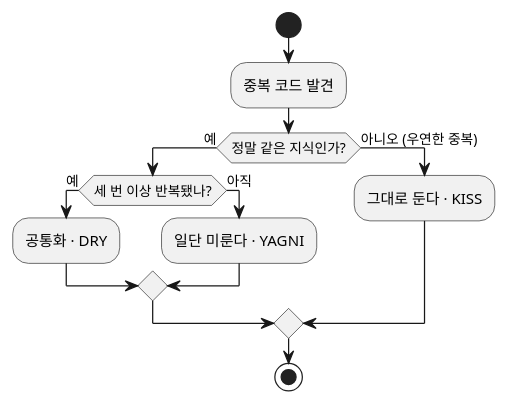
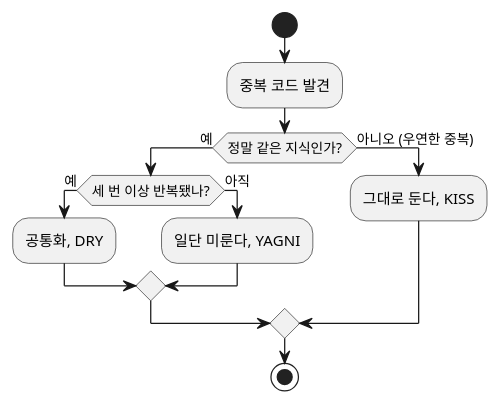
Before and after one commit to johnycho/johny-dev: the diagram in blog/2026-07-09-kiss-dry-yagni.mdx, drawn with PlantUML. The commit also changed other lines of this file and 188 other files, not shown here.

````diff
--- a/blog/2026-07-09-kiss-dry-yagni.mdx
+++ b/blog/2026-07-09-kiss-dry-yagni.mdx
@@ -130,16 +130,16 @@
 ```plantuml
 @startuml
 start
 :중복 코드 발견;
 if (정말 같은 지식인가?) then (예)
   if (세 번 이상 반복됐나?) then (예)
-    :공통화 · DRY;
+    :공통화, DRY;
   else (아직)
-    :일단 미룬다 · YAGNI;
+    :일단 미룬다, YAGNI;
   endif
 else (아니오 (우연한 중복))
-  :그대로 둔다 · KISS;
+  :그대로 둔다, KISS;
 endif
 stop
 @enduml
 ```
````
